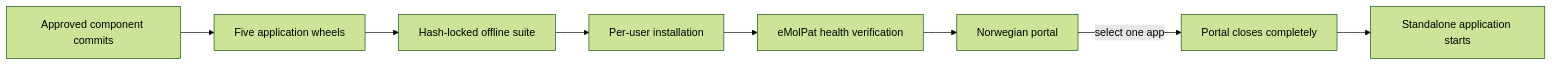
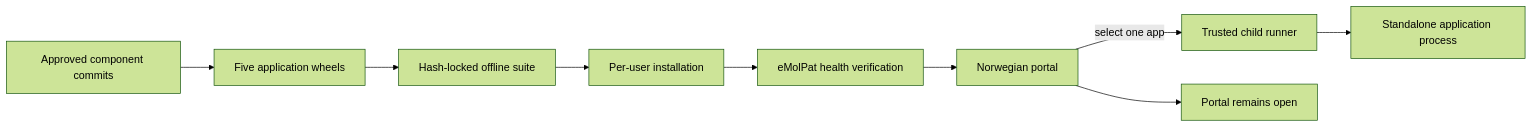
One commit to Christian-Bjornstad/eMolPat changed the diagram in README.md. Above: the diagram before and after it, drawn with Mermaid (forest theme). The commit also changed other lines of this file and 6 other files, not shown here.

````diff
--- a/README.md
+++ b/README.md
@@ -76,10 +76,11 @@
 ```mermaid
 flowchart LR
     A["Approved component commits"] --> B["Five application wheels"]
     B --> C["Hash-locked offline suite"]
     C --> D["Per-user installation"]
     D --> E["eMolPat health verification"]
     E --> F["Norwegian portal"]
-    F -->|select one app| G["Portal closes completely"]
-    G --> H["Standalone application starts"]
+    F -->|select one app| G["Trusted child runner"]
+    G --> H["Standalone application process"]
+    F --> I["Portal remains open"]
 ```
````
